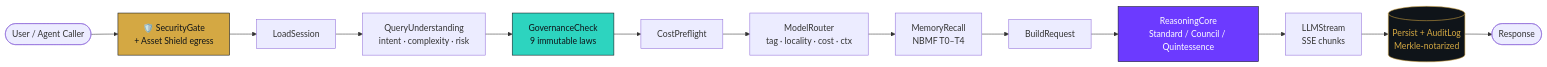
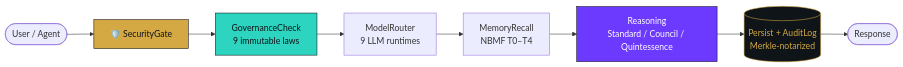
The diagram in README.md (Masoud-Masoori/masoud-masoori), drawn with Mermaid before and after one commit. The commit also changed other lines of this file, not shown here.

````diff
--- a/README.md
+++ b/README.md
@@ -80,20 +35,15 @@
 ```mermaid
 flowchart LR
-    U([User / Agent Caller]) --> SG[🛡️ SecurityGate<br/>+ Asset Shield egress]
-    SG --> LS[LoadSession]
-    LS --> QU[QueryUnderstanding<br/>intent · complexity · risk]
-    QU --> GC[GovernanceCheck<br/>9 immutable laws]
-    GC --> CP[CostPreflight]
-    CP --> MR[ModelRouter<br/>tag · locality · cost · ctx]
+    U([User / Agent]) --> SG[🛡️ SecurityGate]
+    SG --> GC[GovernanceCheck<br/>9 immutable laws]
+    GC --> MR[ModelRouter<br/>9 LLM runtimes]
     MR --> MC[MemoryRecall<br/>NBMF T0–T4]
-    MC --> BR[BuildRequest]
-    BR --> RC[ReasoningCore<br/>Standard / Council / Quintessence]
-    RC --> LS2[LLMStream<br/>SSE chunks]
-    LS2 --> PA[(Persist + AuditLog<br/>Merkle-notarized)]
+    MC --> RC[Reasoning<br/>Standard / Council / Quintessence]
+    RC --> PA[(Persist + AuditLog<br/>Merkle-notarized)]
     PA --> R([Response])
 
     style SG fill:#D4A843,stroke:#0F1419,color:#0F1419
     style GC fill:#2DD4BF,stroke:#0F1419,color:#0F1419
     style RC fill:#6C3AFF,stroke:#0F1419,color:#FFFFFF
     style PA fill:#0F1419,stroke:#D4A843,color:#D4A843
 ```
````
